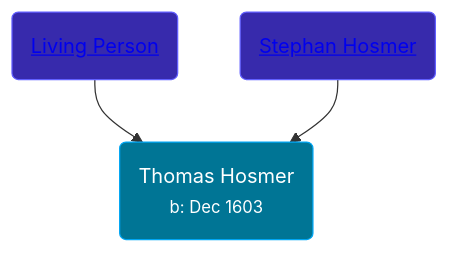
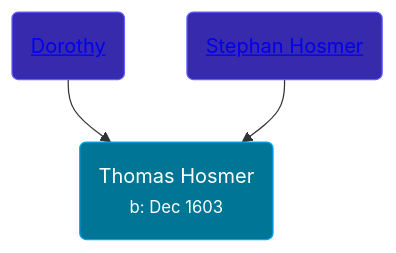
The diagram in pages/people/7/70805658.md (wpmgotkh/wpmgotkh.github.io), drawn with Mermaid before and after one commit. The commit also changed other lines of this file and 586 other files, not shown here.

Commit message:
feat: better shouldConsiderPersonLiving algo

````diff
--- a/pages/people/7/70805658.md
+++ b/pages/people/7/70805658.md
@@ -11,9 +11,9 @@
 ```mermaid
 graph
 classDef grands fill:#193cb8,stroke:#2b7fff,stroke-width:1px,color:#fff;
 classDef parents fill:#372aac,stroke:#615fff,stroke-width:1px,color:#fff;
 classDef primary fill:#007595,stroke:#00a6f4,stroke-width:1px,color:#fff;
 70805658(Thomas Hosmer<br /><small>b: Dec 1603</small>):::primary
-77992256(<a class="text-white" href="/people/7/77992256">Living Person</a>):::parents-->70805658
+77992256(<a class="text-white" href="/people/7/77992256">Dorothy </a>):::parents-->70805658
 8785716(<a class="text-white" href="/people/8/8785716">Stephan Hosmer</a>):::parents-->70805658
 ```
````
